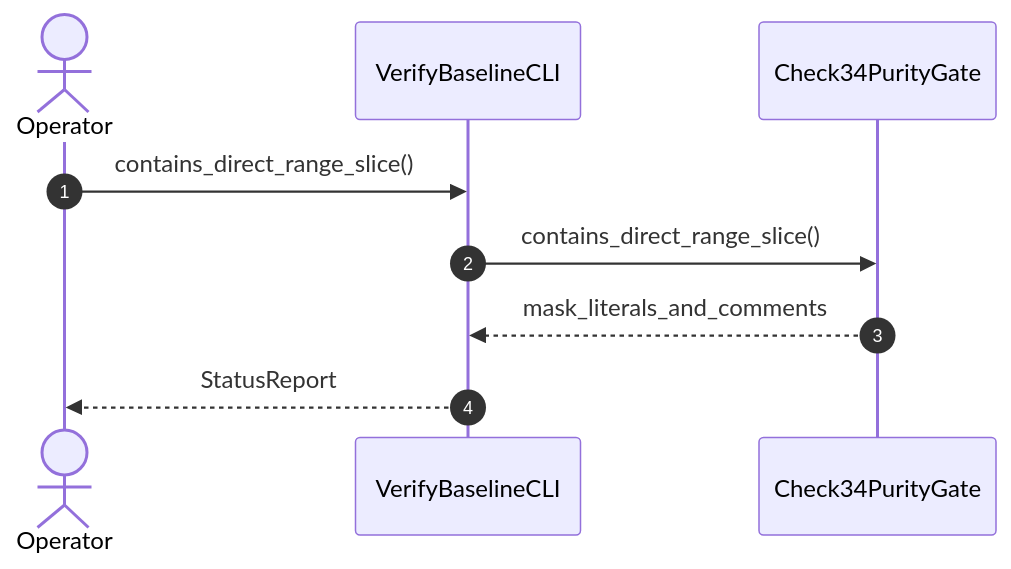
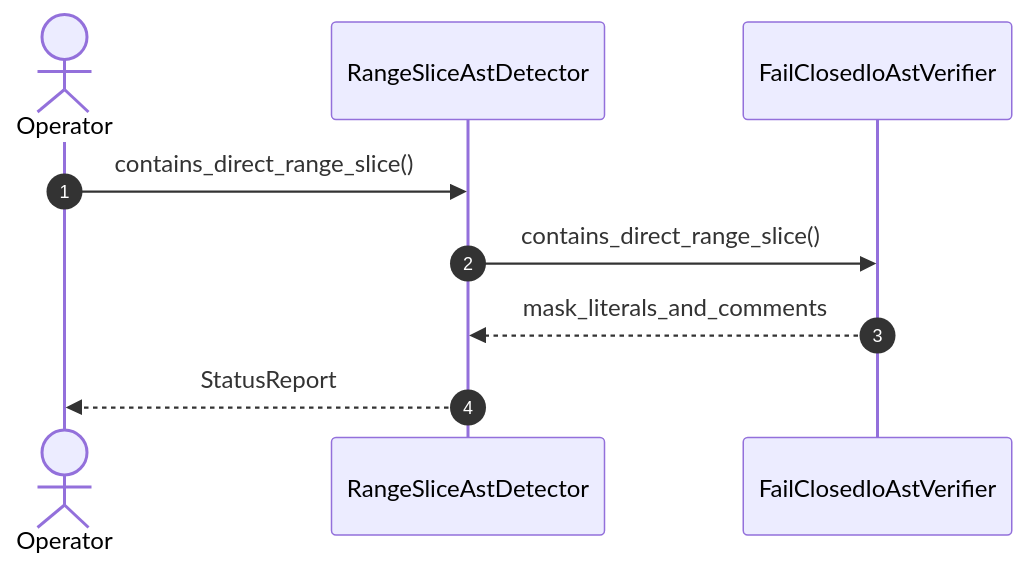
The diagram in .pipeline/upstream/docs/user-stories/US-09-contains_direct_range_slice.md (gintatkinson/DEAP01-spec-core), drawn with Mermaid before and after one commit. The commit also changed other lines of this file and 179 other files, not shown here.

Commit message:
fix(compiler): remediate upstream specification forward projection, diagram synthesis, and GitHub blob URL resolution

````diff
--- a/.pipeline/upstream/docs/user-stories/US-09-contains_direct_range_slice.md
+++ b/.pipeline/upstream/docs/user-stories/US-09-contains_direct_range_slice.md
@@ -16,11 +16,11 @@
 ```mermaid
 sequenceDiagram
     autonumber
     actor Operator
-    participant VerifyBaselineCLI
-    participant Check34PurityGate
-    Operator->>VerifyBaselineCLI: contains_direct_range_slice()
-    VerifyBaselineCLI->>Check34PurityGate: contains_direct_range_slice()
-    Check34PurityGate-->>VerifyBaselineCLI: mask_literals_and_comments
-    VerifyBaselineCLI-->>Operator: StatusReport
+    participant RangeSliceAstDetector
+    participant FailClosedIoAstVerifier
+    Operator->>RangeSliceAstDetector: contains_direct_range_slice()
+    RangeSliceAstDetector->>FailClosedIoAstVerifier: contains_direct_range_slice()
+    FailClosedIoAstVerifier-->>RangeSliceAstDetector: mask_literals_and_comments
+    RangeSliceAstDetector-->>Operator: StatusReport
 ```
````
